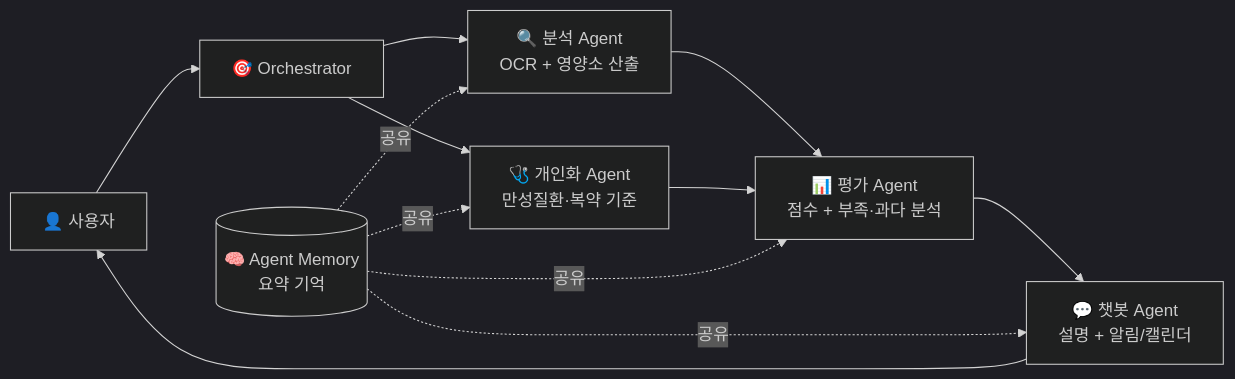
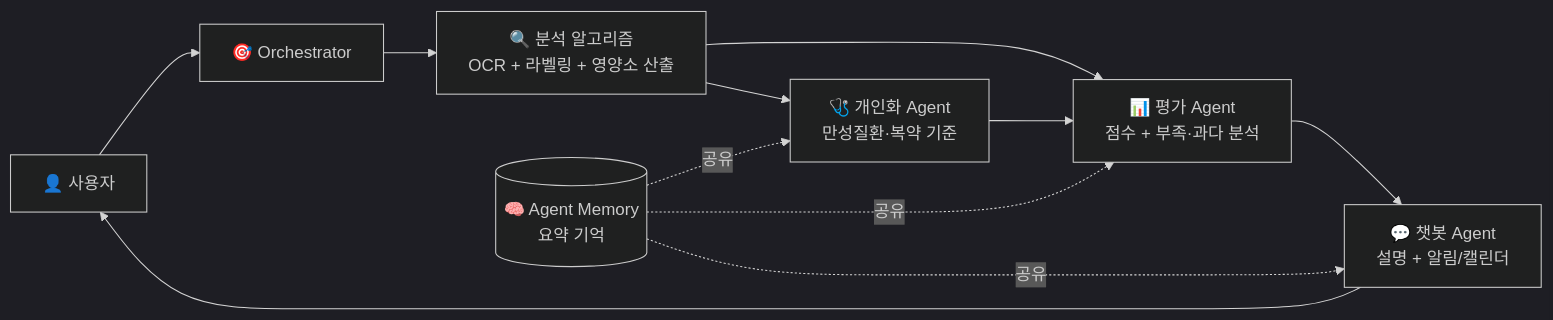
One commit to Lemon-Aid-KDT/Lemon-sin changed the first of 3 diagrams in docs/guide/02-product-spec.md. Above: the diagram before and after it, drawn with Mermaid (dark theme). The commit also changed other lines of this file and 49 other files, not shown here.

````diff
--- a/docs/guide/02-product-spec.md
+++ b/docs/guide/02-product-spec.md
@@ -12,14 +12,13 @@
 ```mermaid
 flowchart LR
     U[👤 사용자] --> O[🎯 Orchestrator]
-    O --> A1[🔍 분석 Agent<br/>OCR + 영양소 산출]
-    O --> A2[🩺 개인화 Agent<br/>만성질환·복약 기준]
-    A1 --> A3[📊 평가 Agent<br/>점수 + 부족·과다 분석]
-    A2 --> A3
-    A3 --> A4[💬 챗봇 Agent<br/>설명 + 알림/캘린더]
-    A4 --> U
+    O --> P[🔍 분석 알고리즘<br/>OCR + 라벨링 + 영양소 산출]
+    P --> A1[🩺 개인화 Agent<br/>만성질환·복약 기준]
+    P --> A2[📊 평가 Agent<br/>점수 + 부족·과다 분석]
+    A1 --> A2
+    A2 --> A3[💬 챗봇 Agent<br/>설명 + 알림/캘린더]
+    A3 --> U
     M[(🧠 Agent Memory<br/>요약 기억)] -.공유.-> A1
     M -.공유.-> A2
     M -.공유.-> A3
-    M -.공유.-> A4
 ```
````
